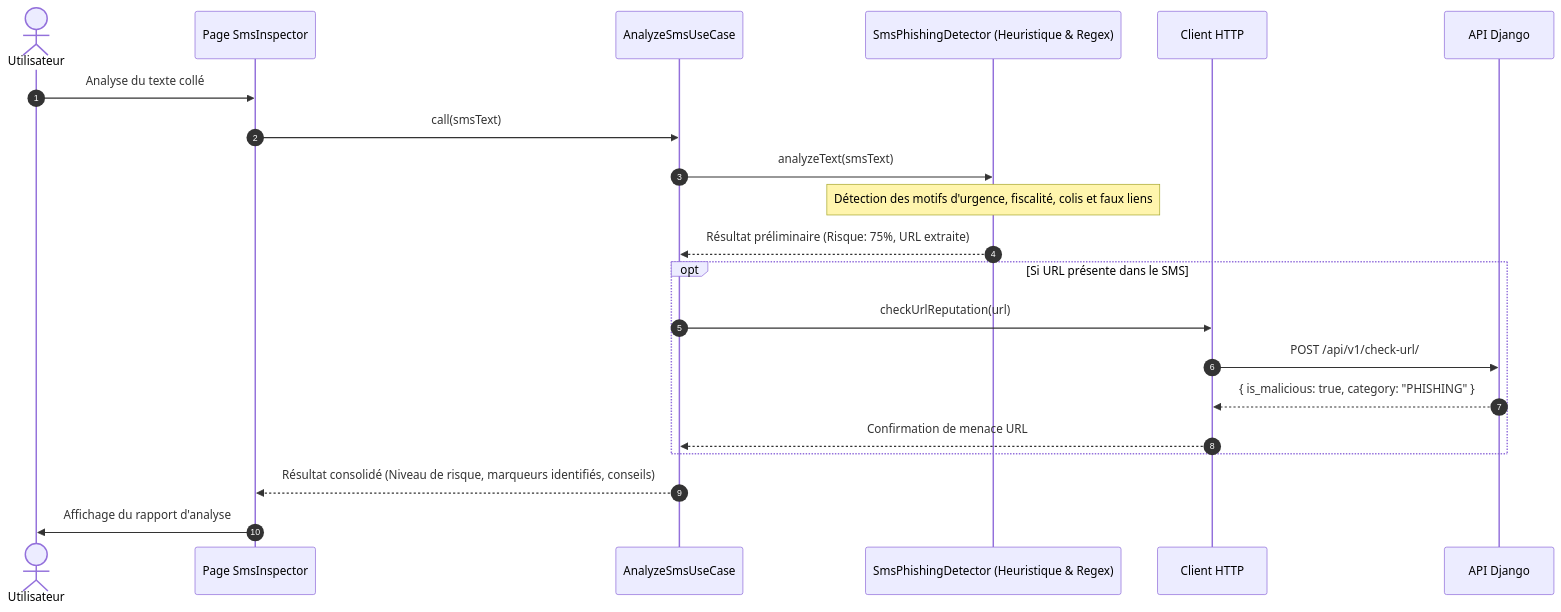
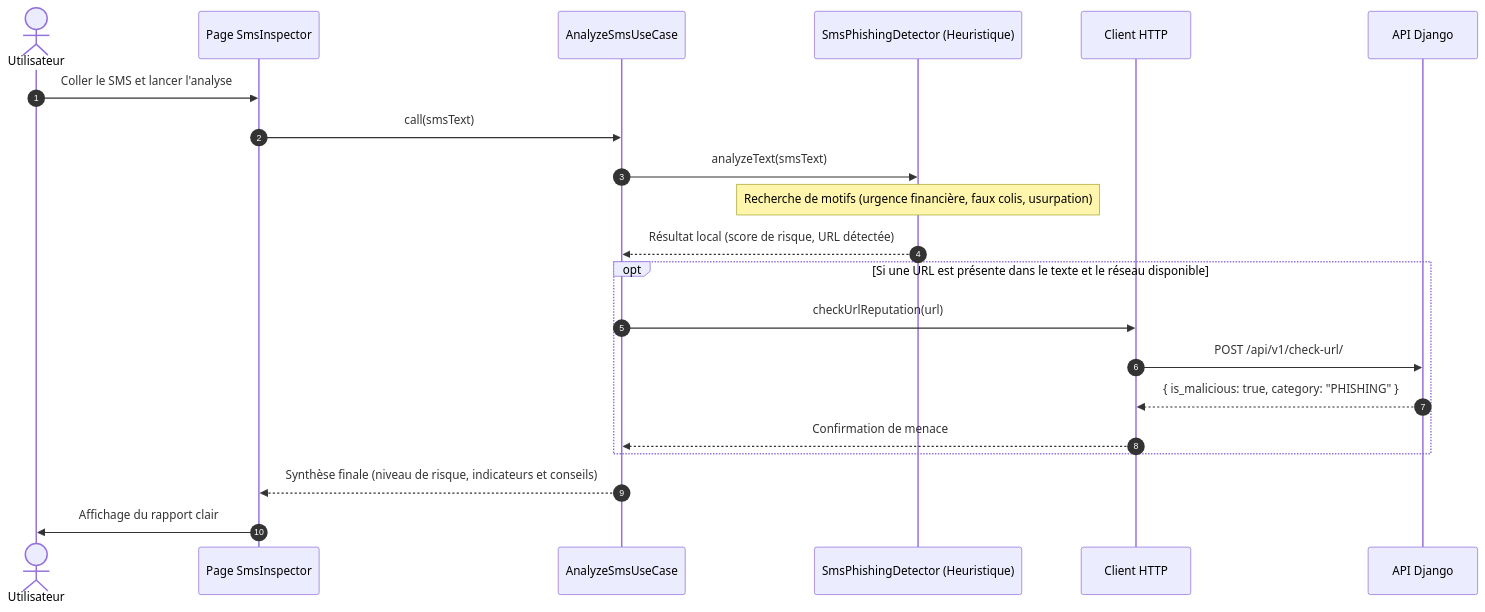
Before and after one commit to fadelilyas01/Projet-Synth-se: the sixth of 7 diagrams in docs/ARCHITECTURE_ET_CONCEPTION.md, drawn with Mermaid. The commit also changed other lines of this file and 2 other files, not shown here.

Commit message:
docs: add architecture, deployment, and security threat model documentation

````diff
--- a/docs/ARCHITECTURE_ET_CONCEPTION.md
+++ b/docs/ARCHITECTURE_ET_CONCEPTION.md
@@ -332,27 +334,27 @@
 ```mermaid
 sequenceDiagram
     autonumber
     actor Utilisateur as Utilisateur
     participant UI as Page SmsInspector
     participant UseCase as AnalyzeSmsUseCase
-    participant Detector as SmsPhishingDetector (Heuristique & Regex)
+    participant Detector as SmsPhishingDetector (Heuristique)
     participant ApiService as Client HTTP
     participant Backend as API Django
 
-    Utilisateur->>UI: Analyse du texte collé
+    Utilisateur->>UI: Coller le SMS et lancer l'analyse
     UI->>UseCase: call(smsText)
     
     UseCase->>Detector: analyzeText(smsText)
-    Note over Detector: Détection des motifs d'urgence, fiscalité, colis et faux liens
-    Detector-->>UseCase: Résultat préliminaire (Risque: 75%, URL extraite)
+    Note over Detector: Recherche de motifs (urgence financière, faux colis, usurpation)
+    Detector-->>UseCase: Résultat local (score de risque, URL détectée)
     
-    opt Si URL présente dans le SMS
+    opt Si une URL est présente dans le texte et le réseau disponible
         UseCase->>ApiService: checkUrlReputation(url)
         ApiService->>Backend: POST /api/v1/check-url/
         Backend-->>ApiService: { is_malicious: true, category: "PHISHING" }
-        ApiService-->>UseCase: Confirmation de menace URL
+        ApiService-->>UseCase: Confirmation de menace
     end
     
-    UseCase-->>UI: Résultat consolidé (Niveau de risque, marqueurs identifiés, conseils)
-    UI->>Utilisateur: Affichage du rapport d'analyse
+    UseCase-->>UI: Synthèse finale (niveau de risque, indicateurs et conseils)
+    UI->>Utilisateur: Affichage du rapport clair
 ```
````
